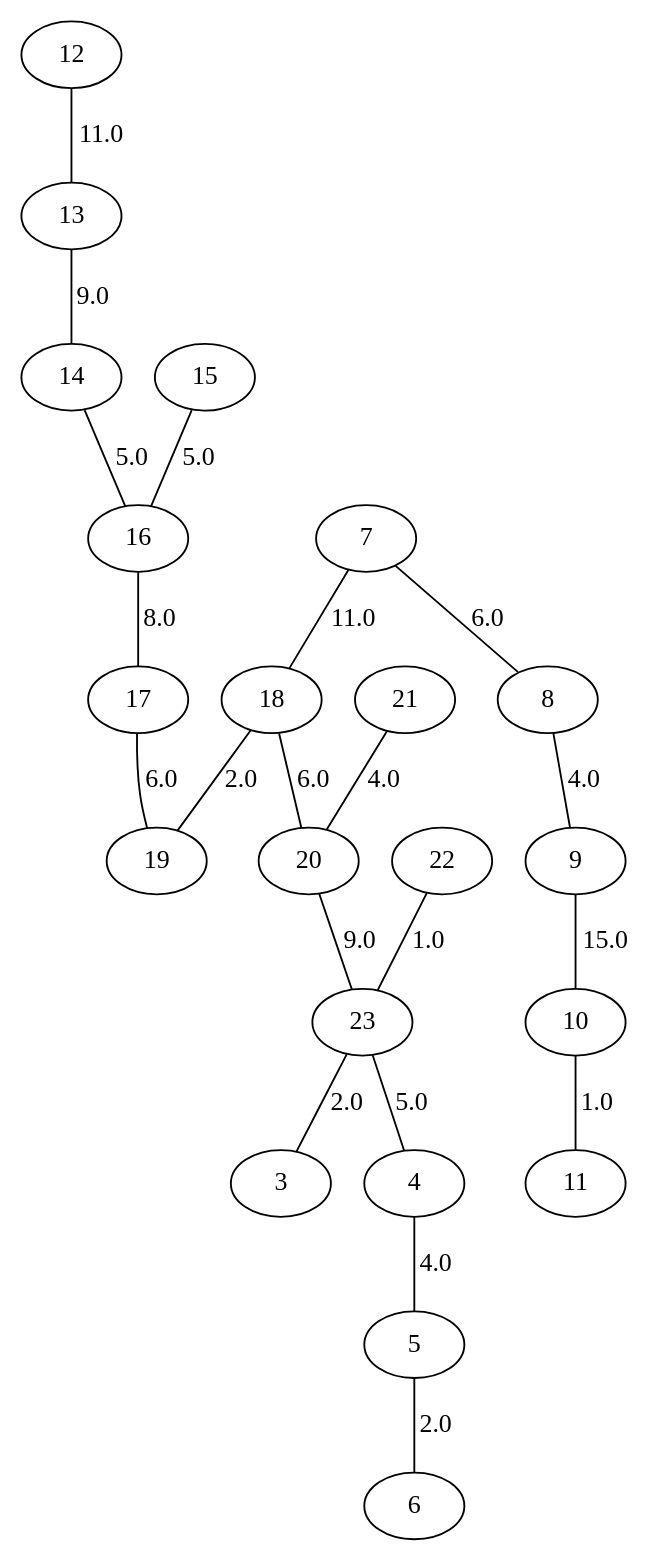
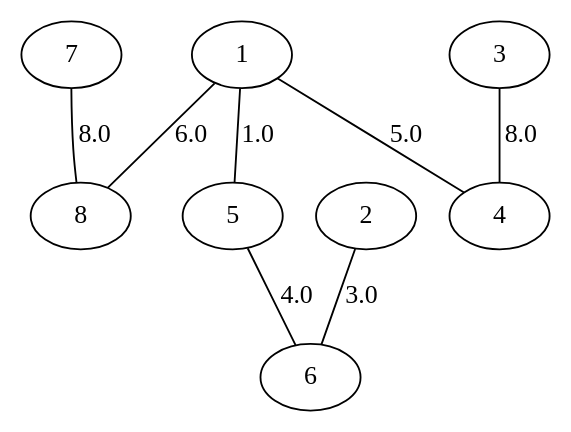
Before and after one commit to Mendoncaa/LAPR2: the diagram in src/main/java/pt/ipp/isep/dei/mdisc/graph.dot, drawn with Graphviz. The commit also changed 81 other files, not shown here.

```diff
--- a/src/main/java/pt/ipp/isep/dei/mdisc/graph.dot
+++ b/src/main/java/pt/ipp/isep/dei/mdisc/graph.dot
@@ -1,22 +1,9 @@
 graph G {
-    14 -- 16 [label="5.0"];
-    13 -- 14 [label="9.0"];
-    23 -- 3 [label="2.0"];
-    21 -- 20 [label="4.0"];
-    15 -- 16 [label="5.0"];
-    12 -- 13 [label="11.0"];
-    4 -- 5 [label="4.0"];
-    17 -- 19 [label="6.0"];
-    23 -- 4 [label="5.0"];
-    10 -- 11 [label="1.0"];
-    5 -- 6 [label="2.0"];
-    8 -- 9 [label="4.0"];
-    7 -- 8 [label="6.0"];
-    16 -- 17 [label="8.0"];
-    20 -- 23 [label="9.0"];
-    18 -- 19 [label="2.0"];
-    18 -- 20 [label="6.0"];
-    7 -- 18 [label="11.0"];
-    9 -- 10 [label="15.0"];
-    22 -- 23 [label="1.0"];
+    1 -- 8 [label="6.0"];
+    2 -- 6 [label="3.0"];
+    1 -- 4 [label="5.0"];
+    3 -- 4 [label="8.0"];
+    7 -- 8 [label="8.0"];
+    5 -- 6 [label="4.0"];
+    1 -- 5 [label="1.0"];
 }
```
